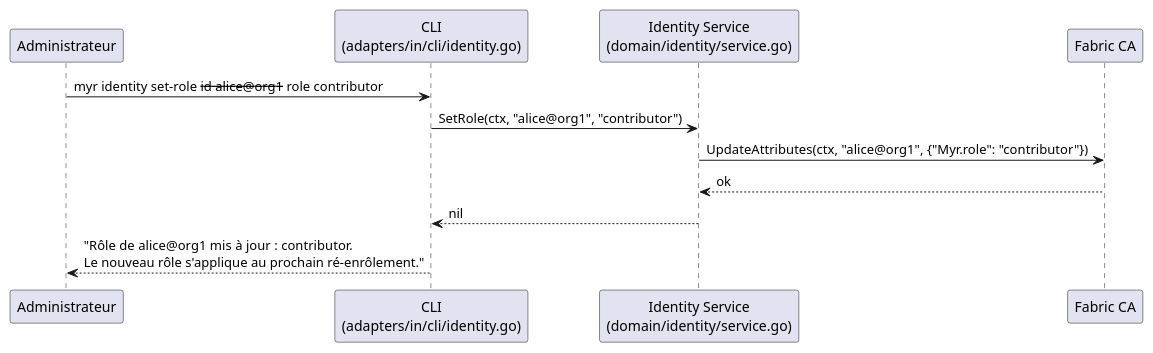
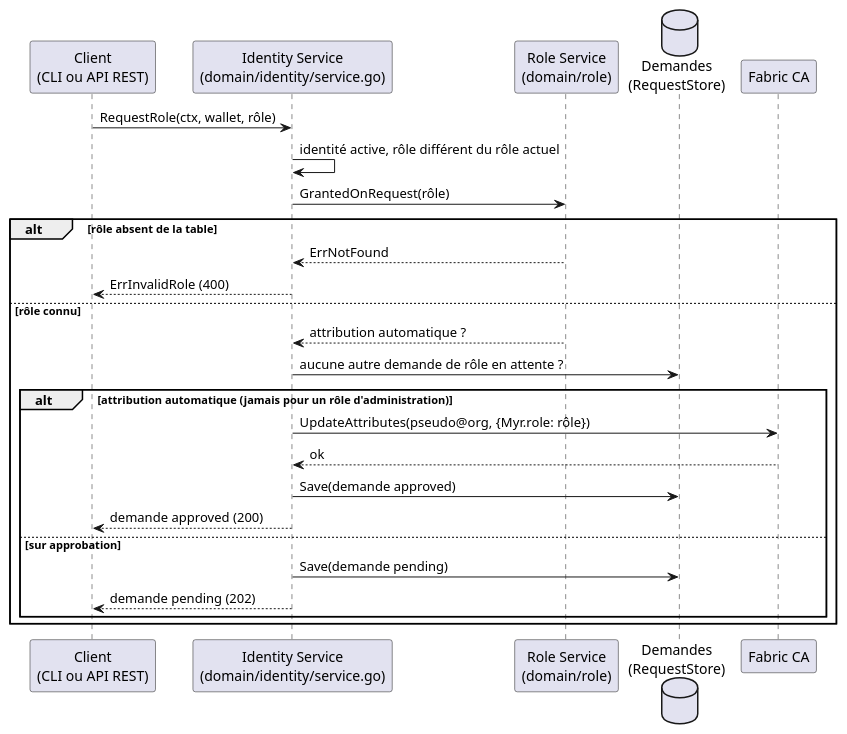
One commit to myr-forge/myr-core changed the second of 2 diagrams in specs/2-Analyse/UCA-Compte_et_Acces/UCA08.md. Above: the diagram before and after it, drawn with PlantUML. The commit also changed other lines of this file and 50 other files, not shown here.

````diff
--- a/specs/2-Analyse/UCA-Compte_et_Acces/UCA08.md
+++ b/specs/2-Analyse/UCA-Compte_et_Acces/UCA08.md
@@ -117,15 +159,29 @@
 ```plantuml
 @startuml
-participant "Administrateur" as ADM
-participant "CLI\n(adapters/in/cli/identity.go)" as CLI
+participant "Client\n(CLI ou API REST)" as Client
 participant "Identity Service\n(domain/identity/service.go)" as Service
+participant "Role Service\n(domain/role)" as Roles
+database "Demandes\n(RequestStore)" as Store
 participant "Fabric CA" as CA
 
-ADM -> CLI : myr identity set-role --id alice@org1 --role contributor
-CLI -> Service : SetRole(ctx, "alice@org1", "contributor")
-Service -> CA : UpdateAttributes(ctx, "alice@org1", {"Myr.role": "contributor"})
-CA --> Service : ok
-Service --> CLI : nil
-CLI --> ADM : "Rôle de alice@org1 mis à jour : contributor.\nLe nouveau rôle s'applique au prochain ré-enrôlement."
+Client -> Service : RequestRole(ctx, wallet, rôle)
+Service -> Service : identité active, rôle différent du rôle actuel
+Service -> Roles : GrantedOnRequest(rôle)
+alt rôle absent de la table
+  Roles --> Service : ErrNotFound
+  Service --> Client : ErrInvalidRole (400)
+else rôle connu
+  Roles --> Service : attribution automatique ?
+  Service -> Store : aucune autre demande de rôle en attente ?
+  alt attribution automatique (jamais pour un rôle d'administration)
+    Service -> CA : UpdateAttributes(pseudo@org, {Myr.role: rôle})
+    CA --> Service : ok
+    Service -> Store : Save(demande approved)
+    Service --> Client : demande approved (200)
+  else sur approbation
+    Service -> Store : Save(demande pending)
+    Service --> Client : demande pending (202)
+  end
+end
 @enduml
 ```
````
